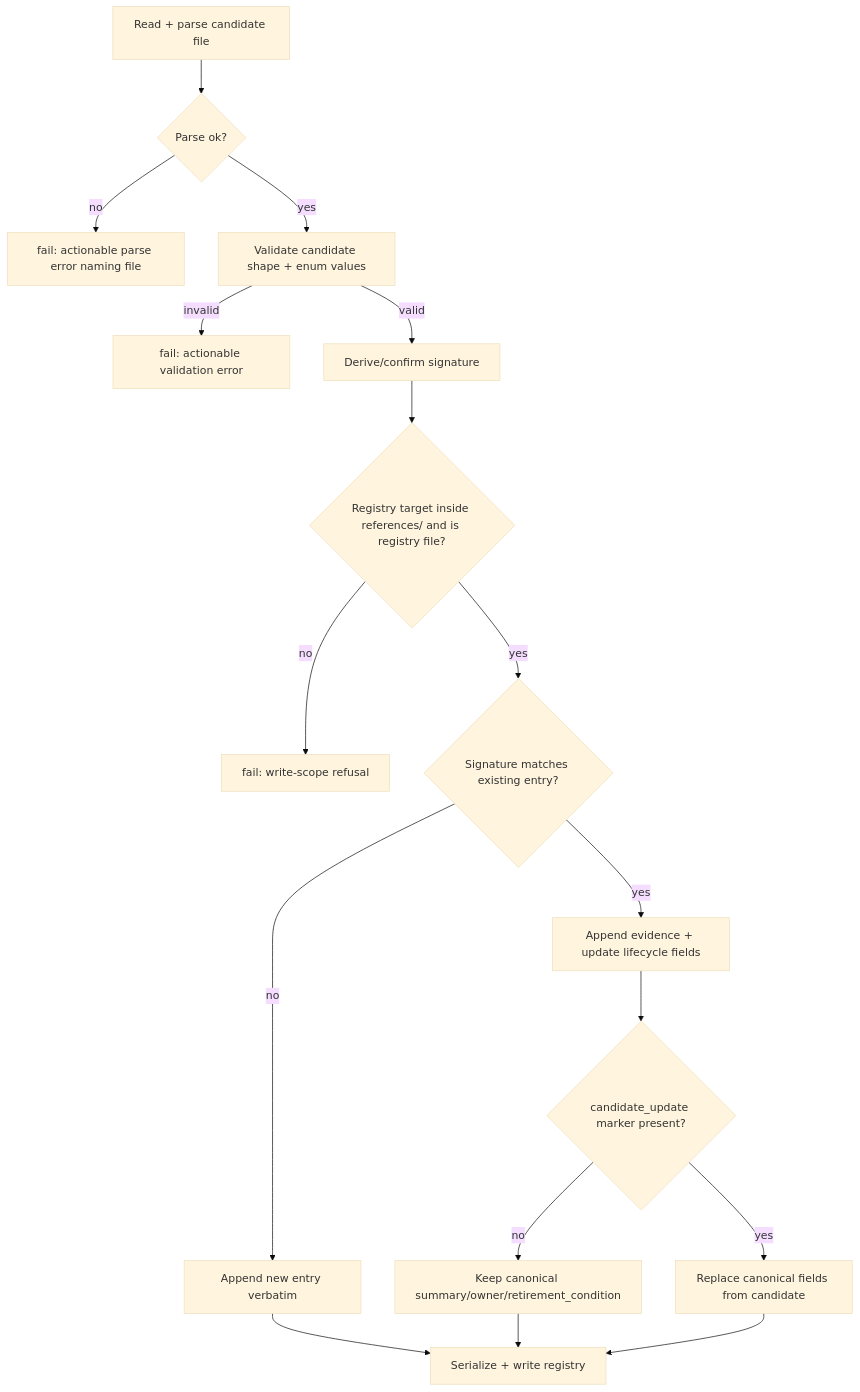
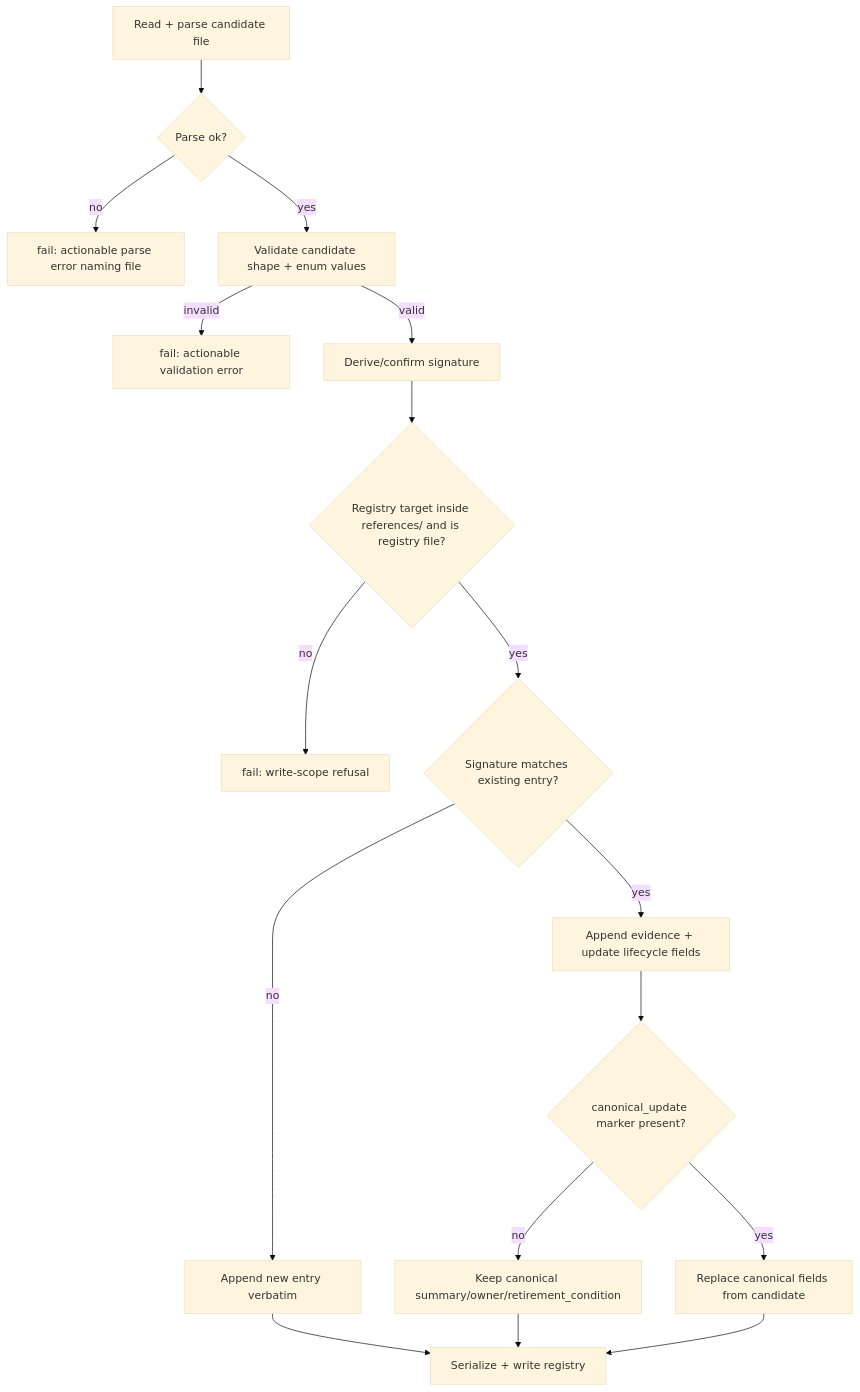
Before and after one commit to nathanvale/claude-code-config: the diagram in docs/plans/2026-05-25-002-feat-workflow-learnings-registry-helper-plan.md, drawn with Mermaid (base theme). The commit also changed 4 other files, not shown here.

````diff
--- a/docs/plans/2026-05-25-002-feat-workflow-learnings-registry-helper-plan.md
+++ b/docs/plans/2026-05-25-002-feat-workflow-learnings-registry-helper-plan.md
@@ -179,19 +179,19 @@
 ```mermaid
 flowchart TD
   A[Read + parse candidate file] --> B{Parse ok?}
   B -- no --> E1[fail: actionable parse error naming file]
   B -- yes --> C[Validate candidate shape + enum values]
   C -- invalid --> E2[fail: actionable validation error]
   C -- valid --> D[Derive/confirm signature]
   D --> F{Registry target inside references/ and is registry file?}
   F -- no --> E3[fail: write-scope refusal]
   F -- yes --> G{Signature matches existing entry?}
   G -- no --> H[Append new entry verbatim]
   G -- yes --> I[Append evidence + update lifecycle fields]
-  I --> J{candidate_update marker present?}
+  I --> J{canonical_update marker present?}
   J -- no --> K[Keep canonical summary/owner/retirement_condition]
   J -- yes --> L[Replace canonical fields from candidate]
   H --> M[Serialize + write registry]
   K --> M
   L --> M
 ```
````
